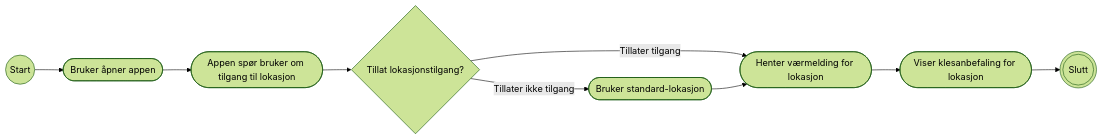
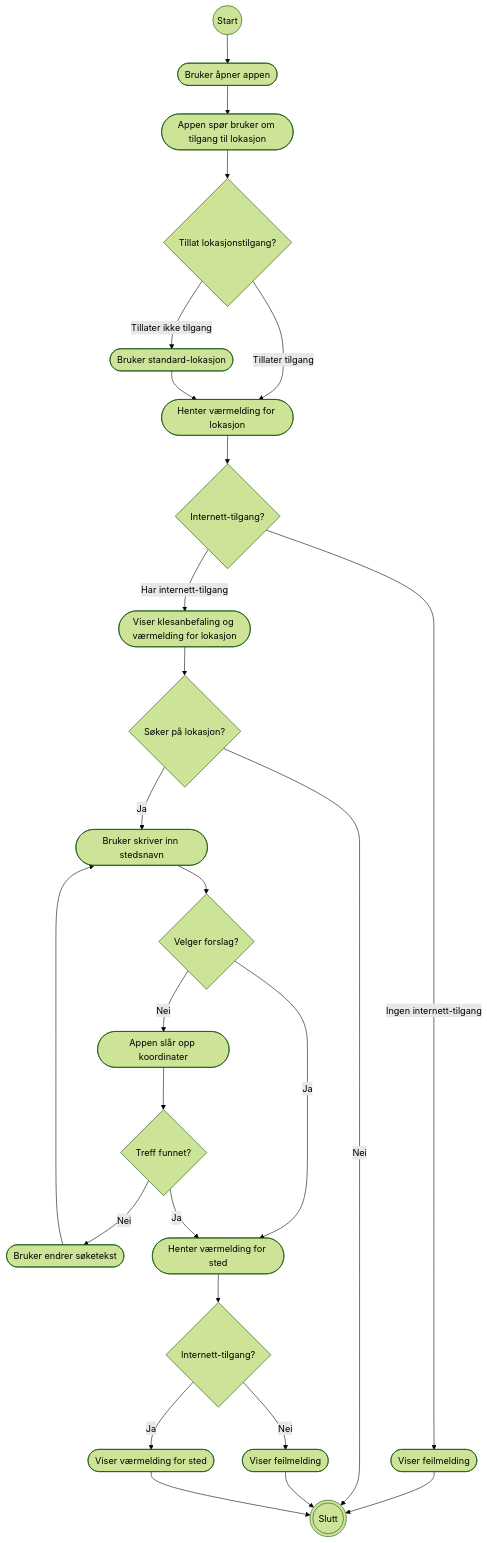
Before and after one commit to karolineogard/tskjortevaer-app: the first of 3 diagrams in MODELING.md, drawn with Mermaid (forest theme). The commit also changed other lines of this file, not shown here.

````diff
--- a/MODELING.md
+++ b/MODELING.md
@@ -119,20 +63,49 @@
 ```mermaid
-flowchart LR
+flowchart TD
     Start((Start))
     Åpne([Bruker åpner appen])
     Lokasjon([Appen spør bruker om tilgang til lokasjon])
     Standard([Bruker standard-lokasjon])
     Tilgang{Tillat lokasjonstilgang?}
     Vær([Henter værmelding for lokasjon])
-    Klær([Viser klesanbefaling for lokasjon])
+    Klær([Viser klesanbefaling og værmelding for lokasjon])
+    Internett{Internett-tilgang?}
+    Feilmelding([Viser feilmelding])
+    Søk{Søker på lokasjon?}
+    Skriv([Bruker skriver inn stedsnavn])
+    Forslag{Velger forslag?}
+    Koordinater([Appen slår opp koordinater])
+    Treff{Treff funnet?}
+    Endre([Bruker endrer søketekst])
+    Værmelding([Henter værmelding for sted])
+    Værmelding2([Viser værmelding for sted])
+    Internett2{Internett-tilgang?}
+    Feilmelding2([Viser feilmelding])
     Slutt(((Slutt)))
 
     Start --> Åpne
     Åpne --> Lokasjon
     Lokasjon --> Tilgang
     Tilgang --Tillater tilgang--> Vær
     Tilgang --Tillater ikke tilgang --> Standard
     Standard --> Vær
-    Vær --> Klær
-    Klær --> Slutt
+    Vær --> Internett
+    Internett --Ingen internett-tilgang--> Feilmelding
+    Internett --Har internett-tilgang--> Klær
+    Feilmelding --> Slutt
+    Søk --Nei--> Slutt
+    Søk --Ja--> Skriv
+    Skriv --> Forslag
+    Forslag --Nei--> Koordinater
+    Forslag --Ja--> Værmelding
+    Koordinater --> Treff
+    Treff --Ja--> Værmelding
+    Treff --Nei--> Endre
+    Værmelding --> Internett2
+    Internett2 --Ja--> Værmelding2
+    Internett2 --Nei--> Feilmelding2
+    Feilmelding2 --> Slutt
+    Værmelding2 --> Slutt
+    Endre --> Skriv
+    Klær --> Søk
 ```
````
